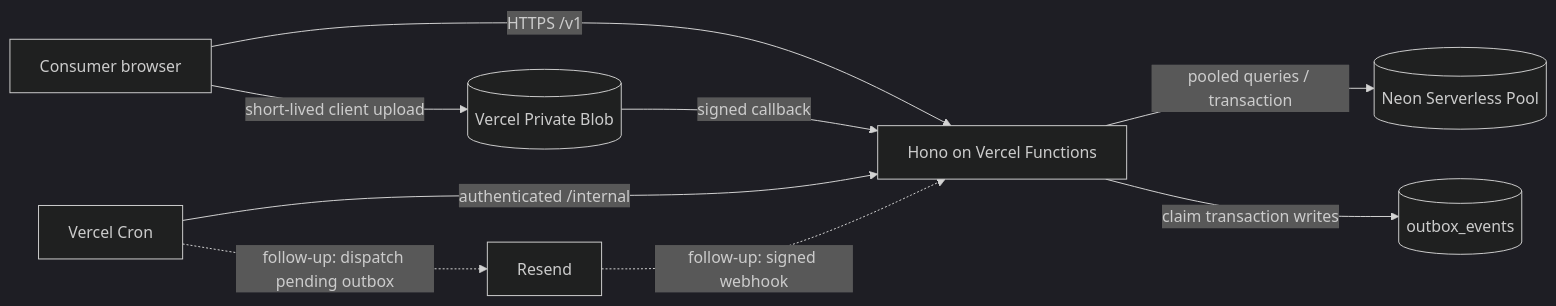
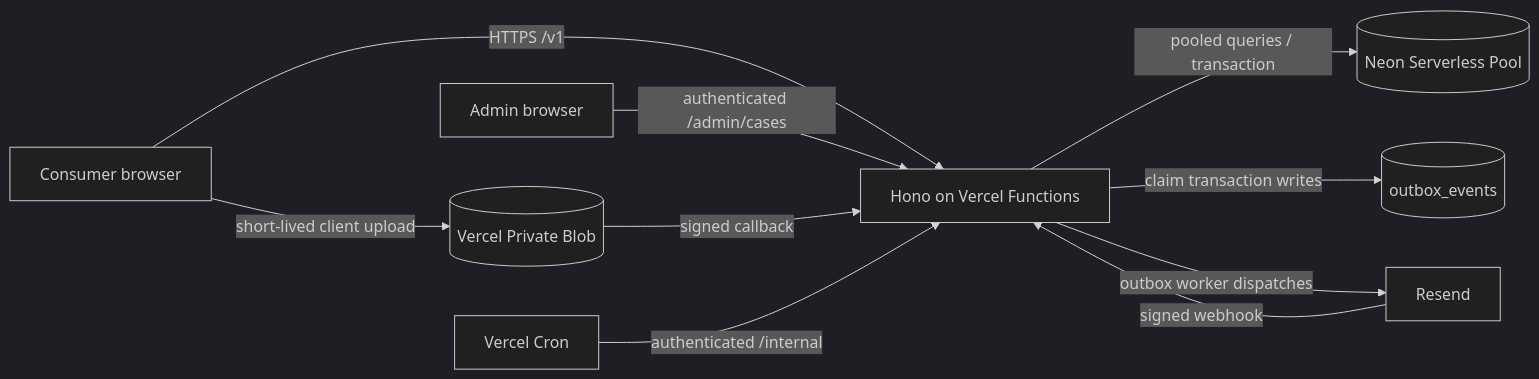
The diagram in docs/phase-1/01-server-architecture.md (Martin-Yoann/KOI-Recall-Backend), drawn with Mermaid (dark theme) before and after one commit. The commit also changed other lines of this file and 16 other files, not shown here.

````diff
--- a/docs/phase-1/01-server-architecture.md
+++ b/docs/phase-1/01-server-architecture.md
@@ -27,11 +33,12 @@
 ```mermaid
 flowchart LR
   Browser[Consumer browser] -->|HTTPS /v1| API[Hono on Vercel Functions]
+  Admin[Admin browser] -->|authenticated /admin/cases| API
   Browser -->|short-lived client upload| Blob[(Vercel Private Blob)]
   Blob -->|signed callback| API
   API -->|pooled queries / transaction| Neon[(Neon Serverless Pool)]
   Cron[Vercel Cron] -->|authenticated /internal| API
   API -->|claim transaction writes| Outbox[(outbox_events)]
-  Cron -.->|follow-up: dispatch pending outbox| Resend[Resend]
-  Resend -.->|follow-up: signed webhook| API
+  API -->|outbox worker dispatches| Resend[Resend]
+  Resend -->|signed webhook| API
 ```
````
